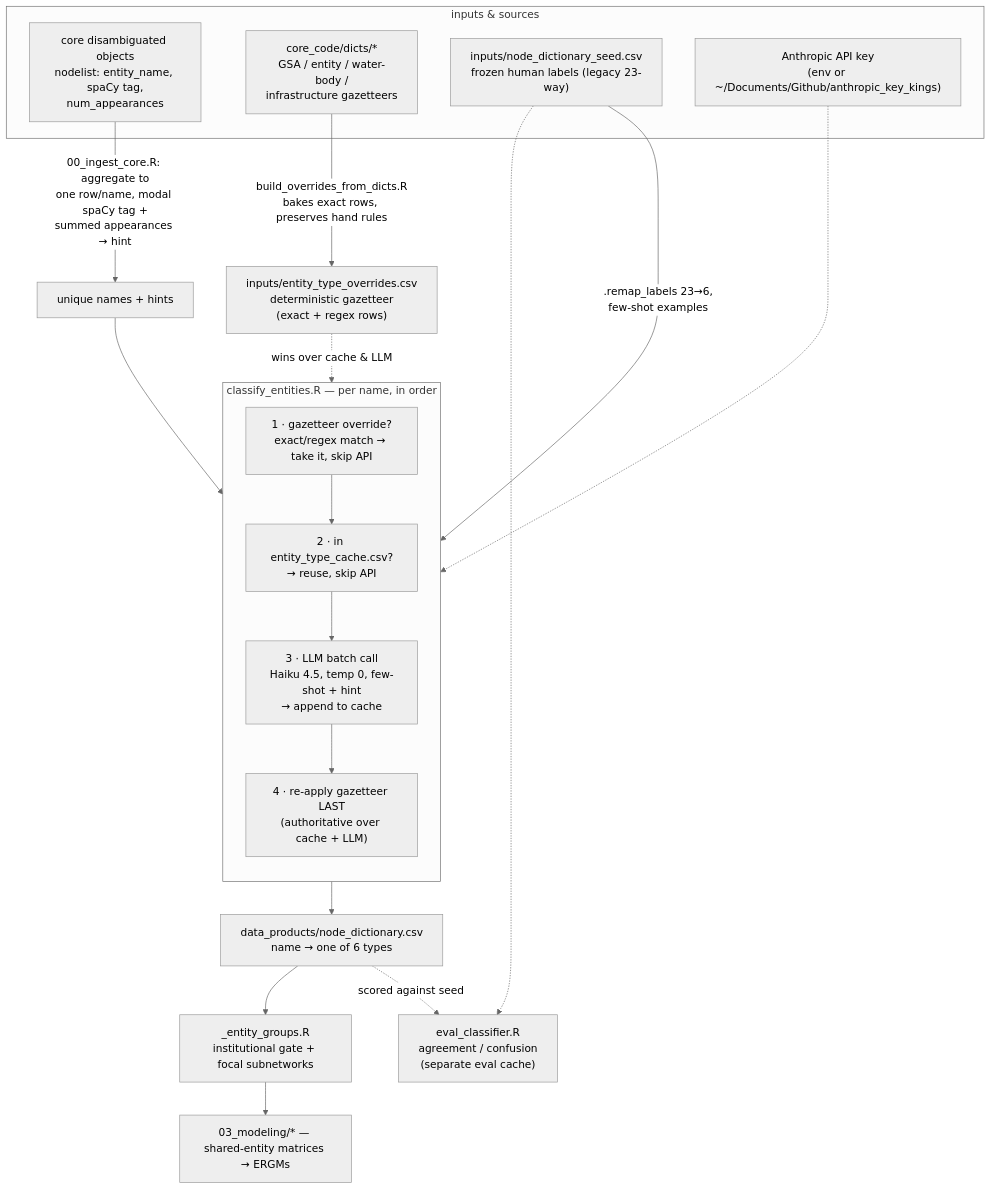
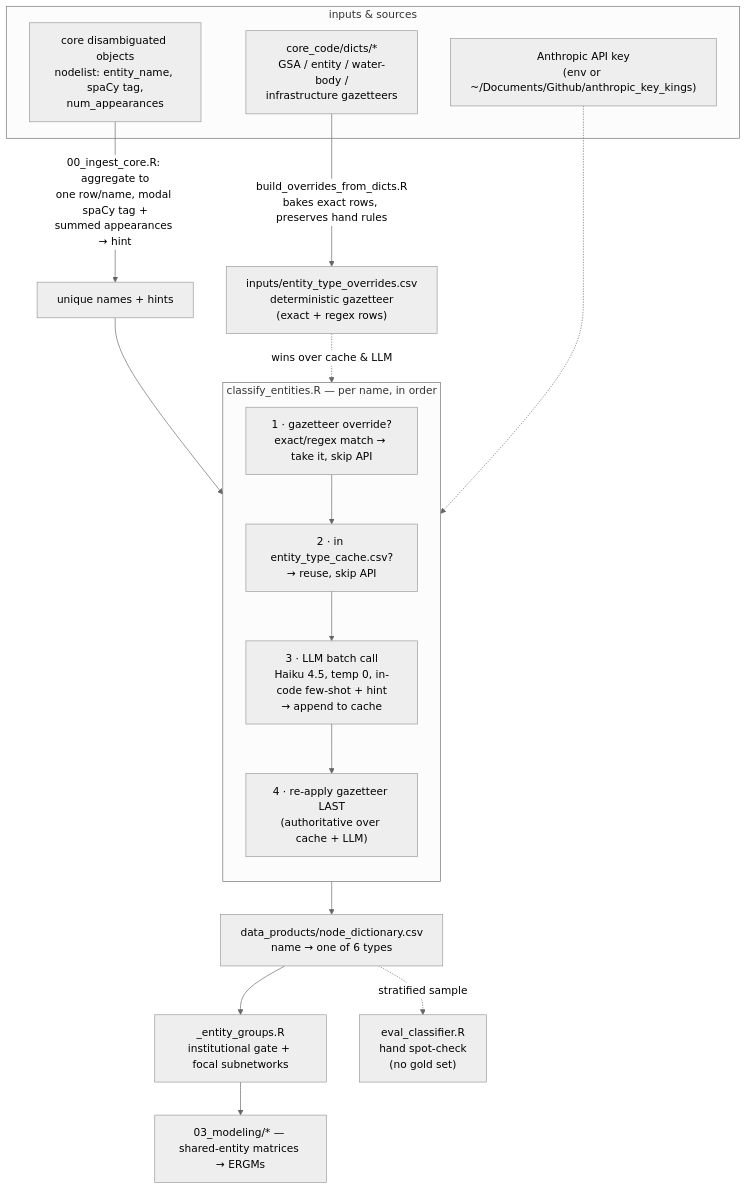
Before and after one commit to ucd-cepb/kings: the diagram in Network_Innovation_Paper/Code/ENTITY_TAGGING.md, drawn with Mermaid (neutral theme). The commit also changed other lines of this file and 16 other files, not shown here.

Commit message:
drop old tagged dict, replace with few shot classifier

````diff
--- a/Network_Innovation_Paper/Code/ENTITY_TAGGING.md
+++ b/Network_Innovation_Paper/Code/ENTITY_TAGGING.md
@@ -45,36 +45,33 @@
 ```mermaid
 flowchart TD
     subgraph inputs["inputs & sources"]
         core["core disambiguated objects<br/>nodelist: entity_name, spaCy tag,<br/>num_appearances"]
         dicts["core_code/dicts/*<br/>GSA / entity / water-body /<br/>infrastructure gazetteers"]
-        seed["inputs/node_dictionary_seed.csv<br/>frozen human labels (legacy 23-way)"]
         key["Anthropic API key<br/>(env or ~/Documents/Github/anthropic_key_kings)"]
     end
 
     dicts -->|build_overrides_from_dicts.R<br/>bakes exact rows, preserves hand rules| ov
     ov["inputs/entity_type_overrides.csv<br/>deterministic gazetteer<br/>(exact + regex rows)"]
 
     core -->|00_ingest_core.R: aggregate to<br/>one row/name, modal spaCy tag +<br/>summed appearances → hint| agg["unique names + hints"]
 
-    seed -->|.remap_labels 23→6,<br/>few-shot examples| clf
     agg --> clf
 
     subgraph clf["classify_entities.R — per name, in order"]
         direction TB
         step1["1 · gazetteer override?<br/>exact/regex match → take it, skip API"]
         step2["2 · in entity_type_cache.csv?<br/>→ reuse, skip API"]
-        step3["3 · LLM batch call<br/>Haiku 4.5, temp 0, few-shot + hint<br/>→ append to cache"]
+        step3["3 · LLM batch call<br/>Haiku 4.5, temp 0, in-code few-shot + hint<br/>→ append to cache"]
         step4["4 · re-apply gazetteer LAST<br/>(authoritative over cache + LLM)"]
         step1 --> step2 --> step3 --> step4
     end
 
     ov -.->|wins over cache & LLM| clf
     key -.-> clf
 
     clf --> nd["data_products/node_dictionary.csv<br/>name → one of 6 types"]
     nd --> groups["_entity_groups.R<br/>institutional gate + focal subnetworks"]
     groups --> model["03_modeling/* — shared-entity matrices → ERGMs"]
 
-    nd -.->|scored against seed| eval["eval_classifier.R<br/>agreement / confusion<br/>(separate eval cache)"]
-    seed -.-> eval
+    nd -.->|stratified sample| eval["eval_classifier.R<br/>hand spot-check<br/>(no gold set)"]
 ```
````
